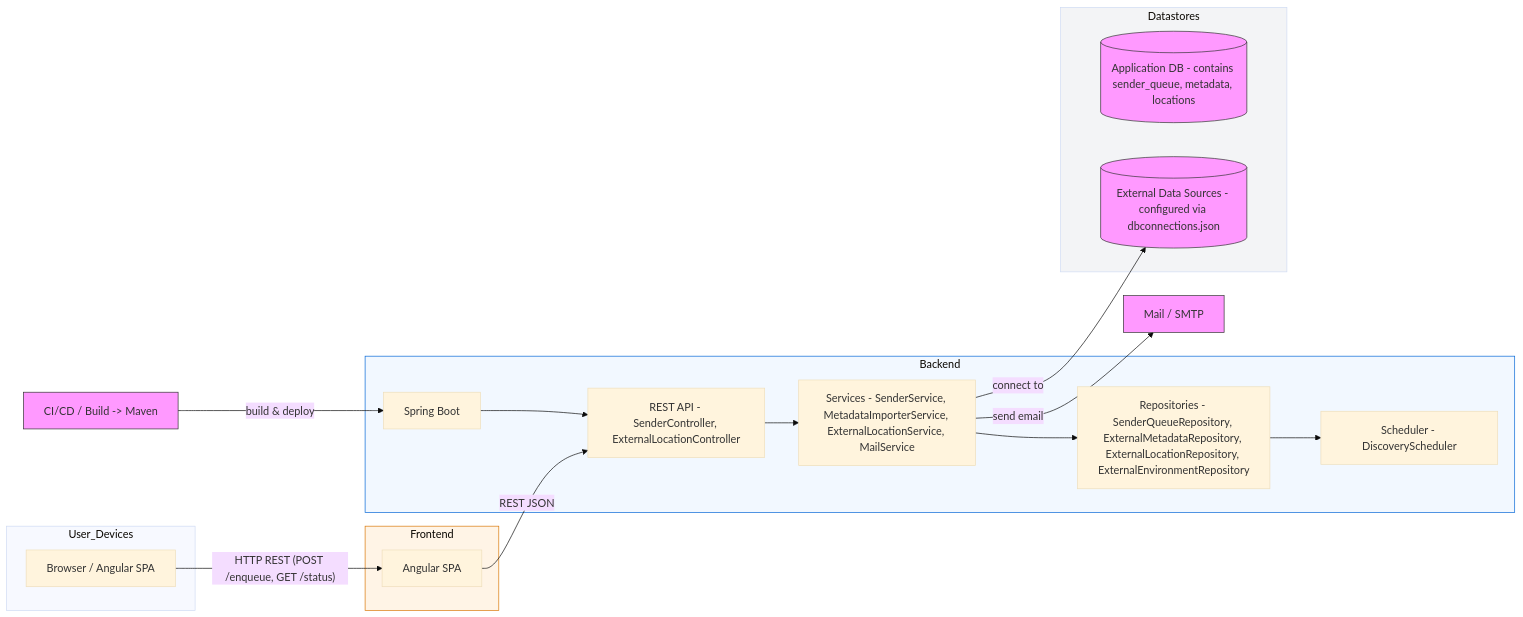
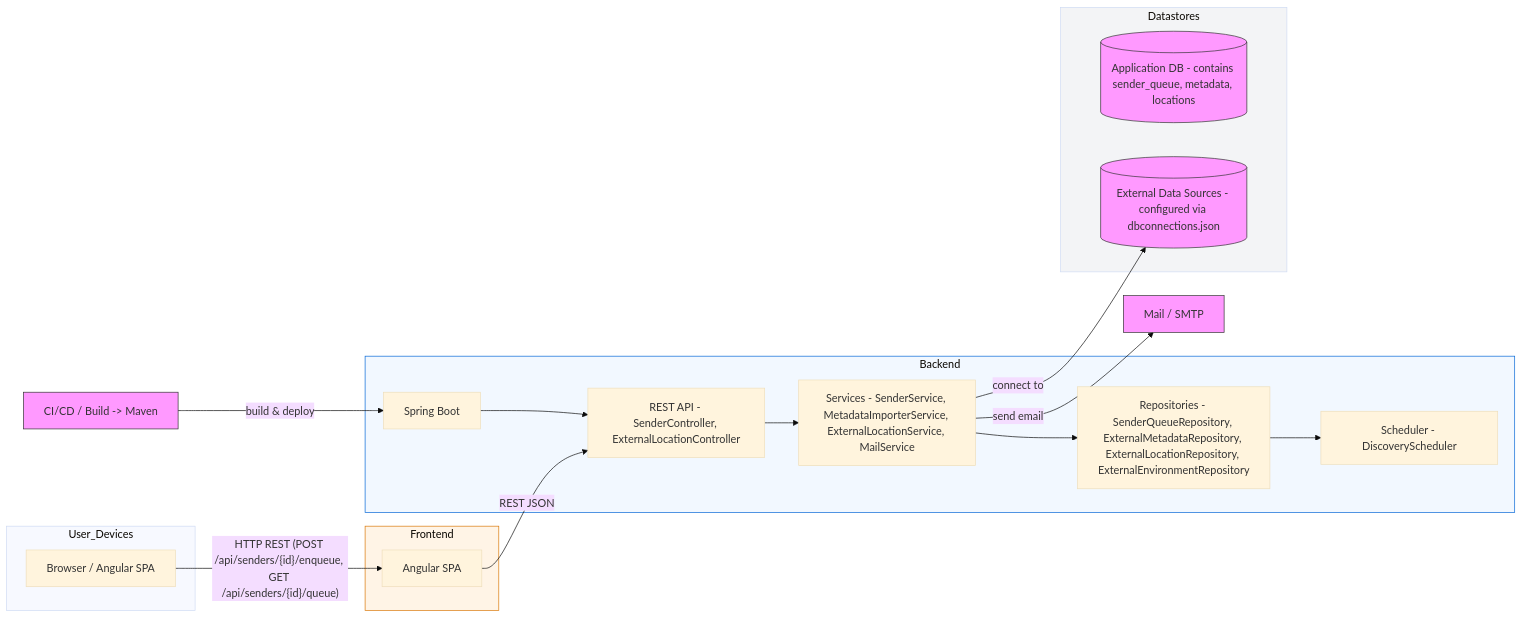
Before and after one commit to ejkorg/sender: the diagram in docs/diagrams/system_flow.mmd, drawn with Mermaid (base theme). The commit also changed 1 other file, not shown here.

Commit message:
docs: align diagrams with actual API endpoints (/api/senders/{id}/enqueue, /api/senders/{id}/queue)

```diff
--- a/docs/diagrams/system_flow.mmd
+++ b/docs/diagrams/system_flow.mmd
@@ -1,41 +1,41 @@
 flowchart LR
   subgraph User_Devices
     Browser["Browser / Angular SPA"]
   end
 
   subgraph Frontend
-    Browser -->|"HTTP REST (POST /enqueue, GET /status)"| FrontendApp["Angular SPA"]
+  Browser -->|"HTTP REST (POST /api/senders/{id}/enqueue, GET /api/senders/{id}/queue)"| FrontendApp["Angular SPA"]
   end
 
   subgraph Backend
     BackendLabel["Spring Boot"]
     API["REST API - SenderController, ExternalLocationController"]
     Services["Services - SenderService, MetadataImporterService, ExternalLocationService, MailService"]
     Repos["Repositories - SenderQueueRepository, ExternalMetadataRepository, ExternalLocationRepository, ExternalEnvironmentRepository"]
     Scheduler["Scheduler - DiscoveryScheduler"]
   end
 
   BackendLabel --> API
   API --> Services
   Services --> Repos
   Repos --> Scheduler
 
   subgraph Datastores
     AppDB[("Application DB - contains sender_queue, metadata, locations")]
     ExternalDBs[("External Data Sources - configured via dbconnections.json")]
   end
 
   SMTP["Mail / SMTP"]
   CI["CI/CD / Build -> Maven"]
 
   FrontendApp -->|"REST JSON"| API
   Services -->|"connect to"| ExternalDBs
   Services -->|"send email"| SMTP
   CI -->|"build & deploy"| BackendLabel
 
   classDef infra fill:#f9f,stroke:#333,stroke-width:1px;
   class ExternalDBs,AppDB,SMTP,CI infra
 
   style Backend fill:#f2f8ff,stroke:#0366d6
   style Frontend fill:#fff4e6,stroke:#d97706
   style Datastores fill:#f3f4f6
```
